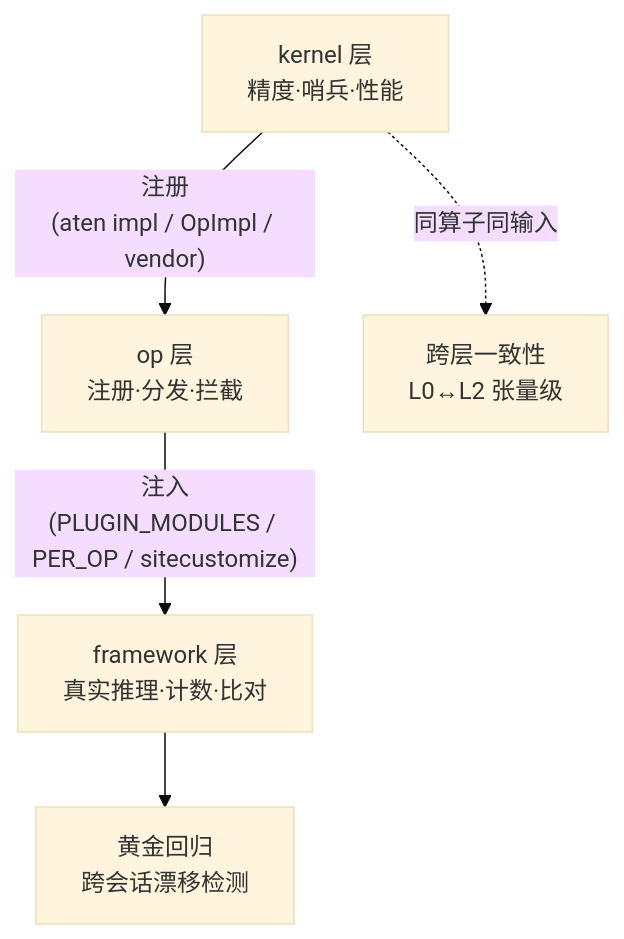
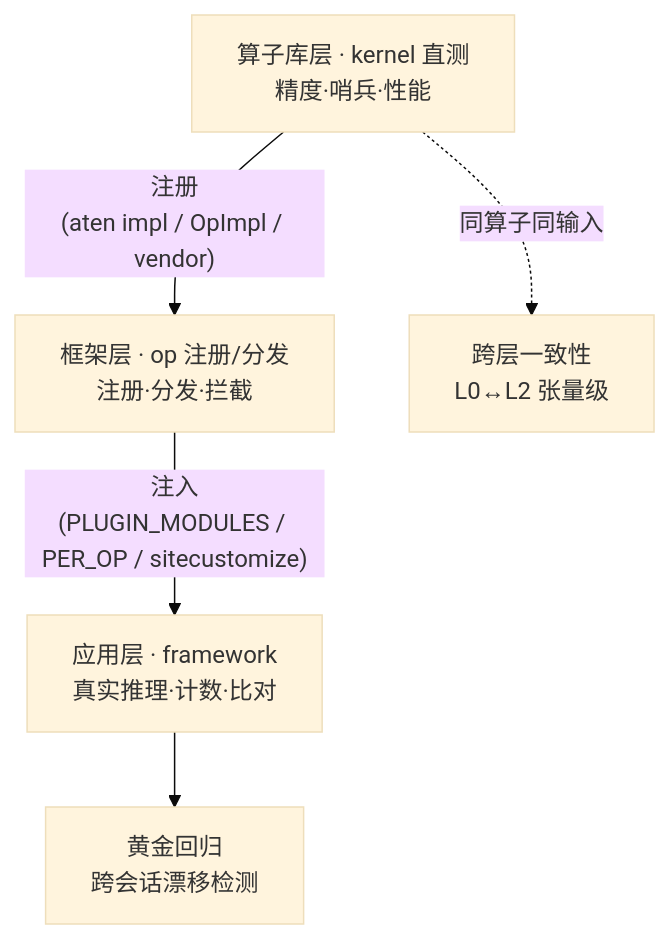
The diagram in docs/testing.md (FLAG-OP/FlagOS-OP), drawn with Mermaid (base theme) before and after one commit. The commit also changed other lines of this file and 4 other files, not shown here.

First line of the commit message:
docs: 全库同步物理栈视角——所有图/表/描述统一为系统分层

````diff
--- a/docs/testing.md
+++ b/docs/testing.md
@@ -14,7 +14,7 @@
 ```mermaid
 flowchart TD
-    K["kernel 层<br/>精度·哨兵·性能"] -->|"注册<br/>(aten impl / OpImpl / vendor)"| O["op 层<br/>注册·分发·拦截"]
-    O -->|"注入<br/>(PLUGIN_MODULES / PER_OP / sitecustomize)"| F["framework 层<br/>真实推理·计数·比对"]
+    K["算子库层 · kernel 直测<br/>精度·哨兵·性能"] -->|"注册<br/>(aten impl / OpImpl / vendor)"| O["框架层 · op 注册/分发<br/>注册·分发·拦截"]
+    O -->|"注入<br/>(PLUGIN_MODULES / PER_OP / sitecustomize)"| F["应用层 · framework<br/>真实推理·计数·比对"]
     F --> G["黄金回归<br/>跨会话漂移检测"]
     K -.->|"同算子同输入"| C["跨层一致性<br/>L0↔L2 张量级"]
 ```
````
